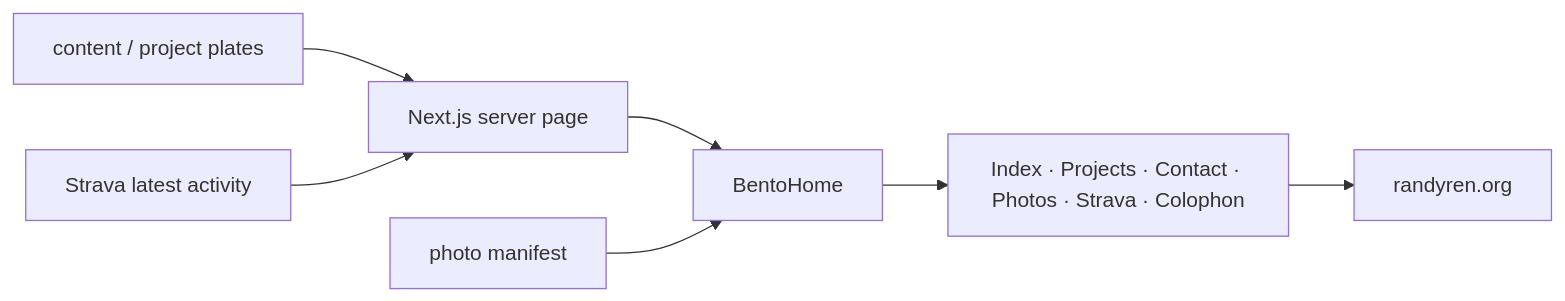
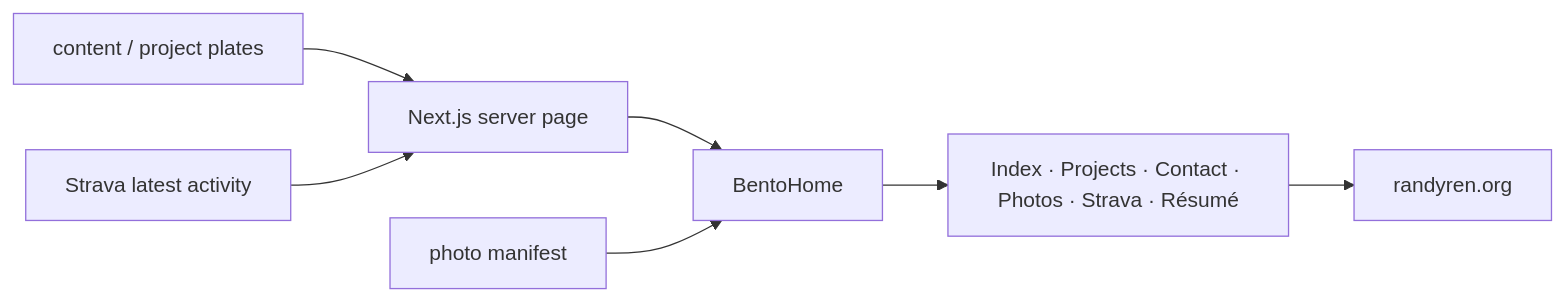
The diagram in README.md (randyren278/new-portfolio), drawn with Mermaid before and after one commit. The commit also changed other lines of this file and 12 other files, not shown here.

First line of the commit message:
feat(bento): replace Colophon cell with Résumé preview card

````diff
--- a/README.md
+++ b/README.md
@@ -139,9 +138,9 @@
 ```mermaid
 flowchart LR
     content["content / project plates"] --> page["Next.js server page"]
     strava["Strava latest activity"] --> page
     page --> bento["BentoHome"]
     photos["photo manifest"] --> bento
-    bento --> cells["Index · Projects · Contact · Photos · Strava · Colophon"]
+    bento --> cells["Index · Projects · Contact · Photos · Strava · Résumé"]
     cells --> web["randyren.org"]
 ```
````
